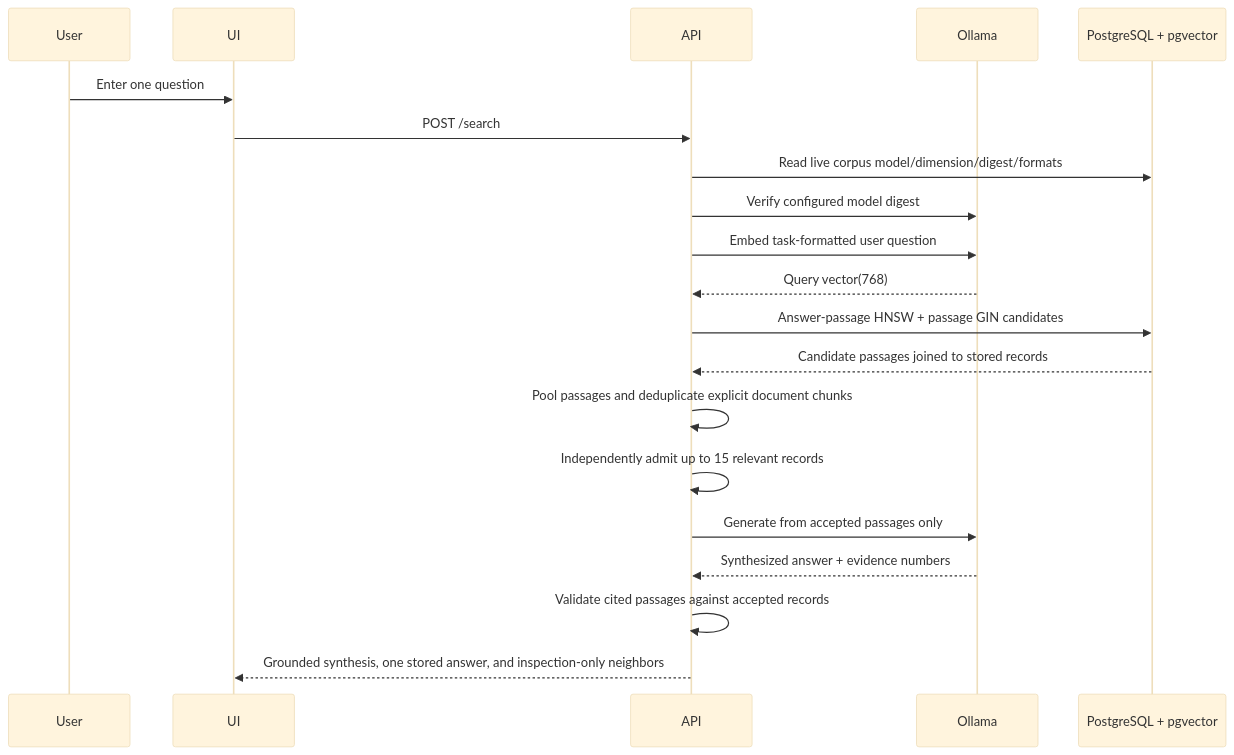
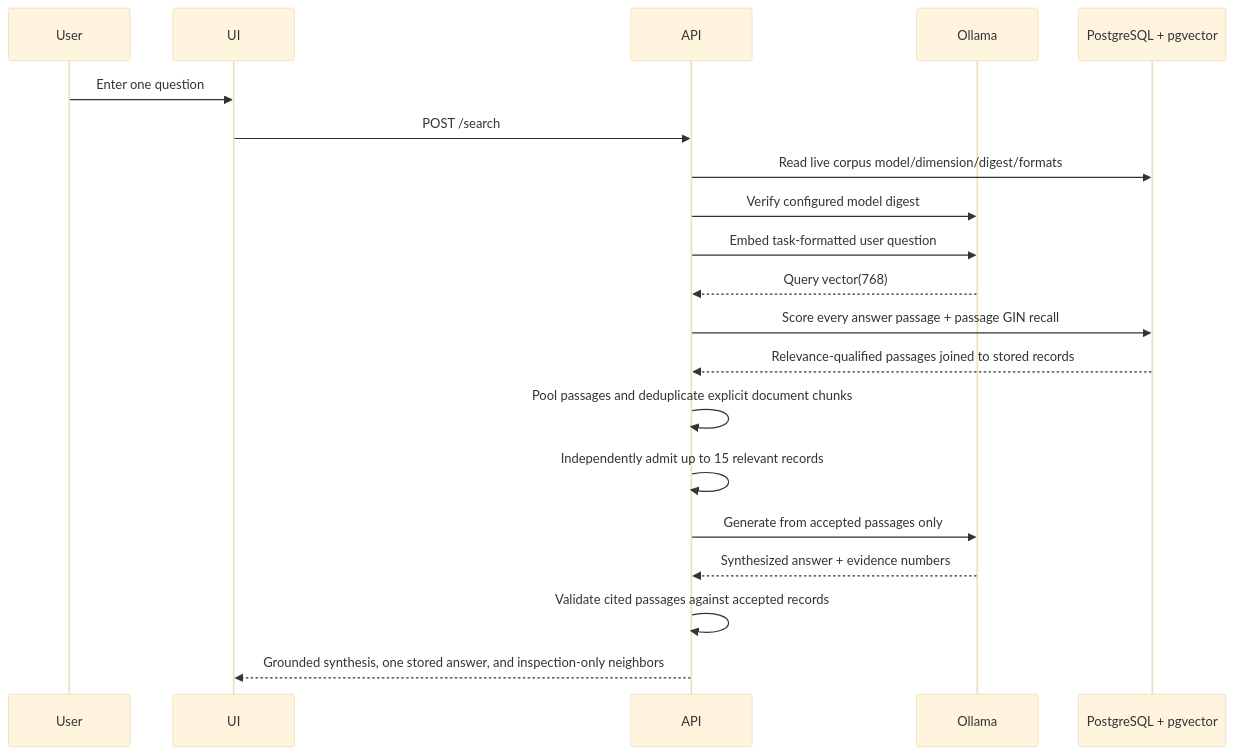
The fourth of 4 diagrams in semantic-qa/ARCHITECTURE.md (Ramakanth001/tools), drawn with Mermaid (base theme) before and after one commit. The commit also changed other lines of this file, not shown here.

````diff
--- a/semantic-qa/ARCHITECTURE.md
+++ b/semantic-qa/ARCHITECTURE.md
@@ -493,23 +493,23 @@
 ```mermaid
 sequenceDiagram
     participant User
     participant UI
     participant API
     participant Ollama
     participant PG as PostgreSQL + pgvector
 
     User->>UI: Enter one question
     UI->>API: POST /search
     API->>PG: Read live corpus model/dimension/digest/formats
     API->>Ollama: Verify configured model digest
     API->>Ollama: Embed task-formatted user question
     Ollama-->>API: Query vector(768)
-    API->>PG: Answer-passage HNSW + passage GIN candidates
-    PG-->>API: Candidate passages joined to stored records
+    API->>PG: Score every answer passage + passage GIN recall
+    PG-->>API: Relevance-qualified passages joined to stored records
     API->>API: Pool passages and deduplicate explicit document chunks
     API->>API: Independently admit up to 15 relevant records
     API->>Ollama: Generate from accepted passages only
     Ollama-->>API: Synthesized answer + evidence numbers
     API->>API: Validate cited passages against accepted records
     API-->>UI: Grounded synthesis, one stored answer, and inspection-only neighbors
 ```
````
